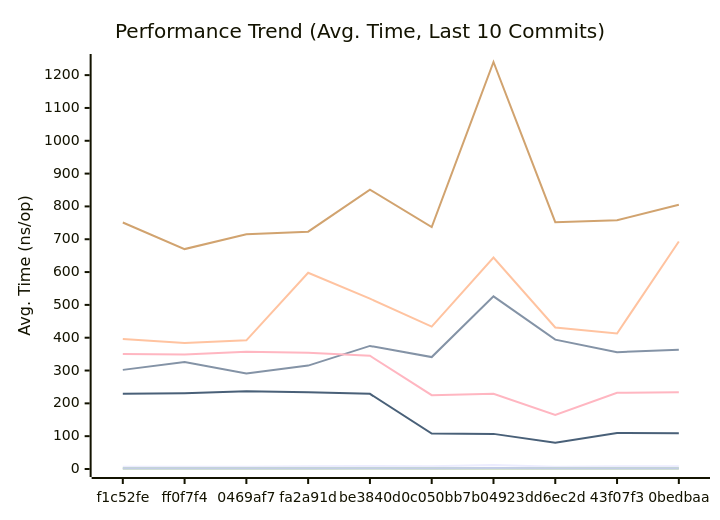
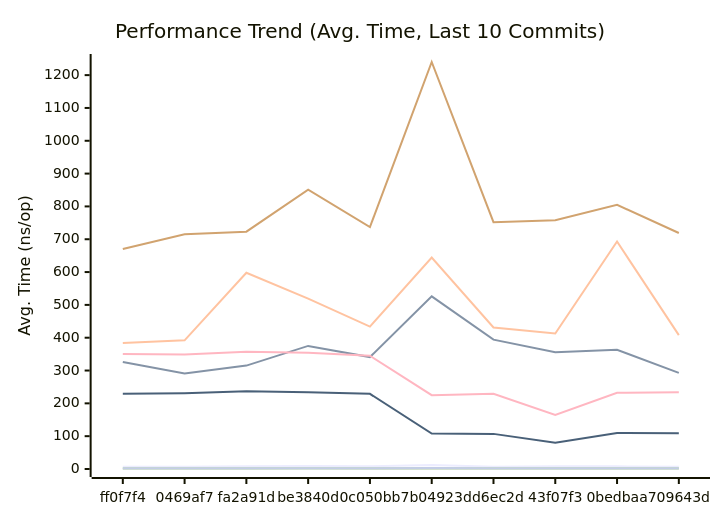
The first of 3 diagrams in docs/PERFORMANCE.md (alsotoes/momo), drawn with Mermaid before and after one commit. The commit also changed other lines of this file and 3 other files, not shown here.

````diff
--- a/docs/PERFORMANCE.md
+++ b/docs/PERFORMANCE.md
@@ -80,16 +80,16 @@
 ```mermaid
 xychart-beta
     title "Performance Trend (Avg. Time, Last 10 Commits)"
     x-axis "Commit"
     y-axis "Avg. Time (ns/op)"
-    x-axis [f1c52fe,ff0f7f4,0469af7,fa2a91d,be3840d,0c050bb,7b04923,dd6ec2d,43f07f3,0bedbaa]
-    line "CheckMetricsAndSwap" [7,7,7,8,9,8,12,7,8,8]
-    line "CrushOptimized" [302,326,291,315,375,341,526,394,356,363]
-    line "CrushOriginal" [396,384,392,598,519,434,644,431,413,693]
-    line "IndexDirectTracking" [0,0,0,0,1,0,0,0,0,0]
+    x-axis [ff0f7f4,0469af7,fa2a91d,be3840d,0c050bb,7b04923,dd6ec2d,43f07f3,0bedbaa,709643d]
+    line "CheckMetricsAndSwap" [7,7,8,9,8,12,7,8,8,7]
+    line "CrushOptimized" [326,291,315,375,341,526,394,356,363,293]
+    line "CrushOriginal" [384,392,598,519,434,644,431,413,693,408]
+    line "IndexDirectTracking" [0,0,0,1,0,0,0,0,0,0]
     line "IndexSearch" [2,2,2,2,2,2,2,2,2,2]
-    line "LoadGlobalConfig" [751,670,715,723,851,737,1240,752,758,805]
-    line "PadString" [2,2,2,2,2,2,3,2,2,2]
+    line "LoadGlobalConfig" [670,715,723,851,737,1240,752,758,805,719]
+    line "PadString" [2,2,2,2,2,3,2,2,2,2]
     line "ParseReplicationOrder_NoPrealloc" [350,349,357,354,345,225,229,165,232,234]
     line "ParseReplicationOrder_Prealloc" [229,231,237,234,229,108,107,80,110,109]
 ```
````
